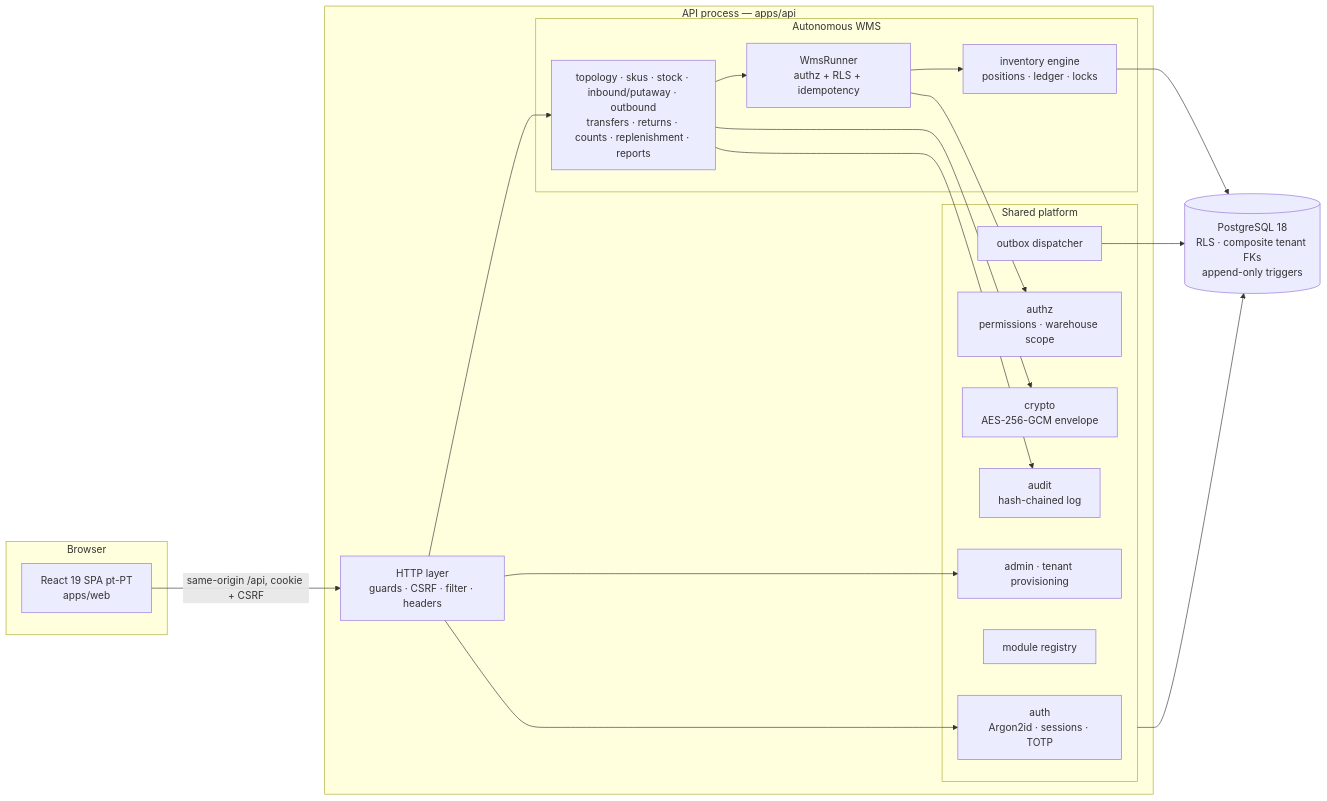
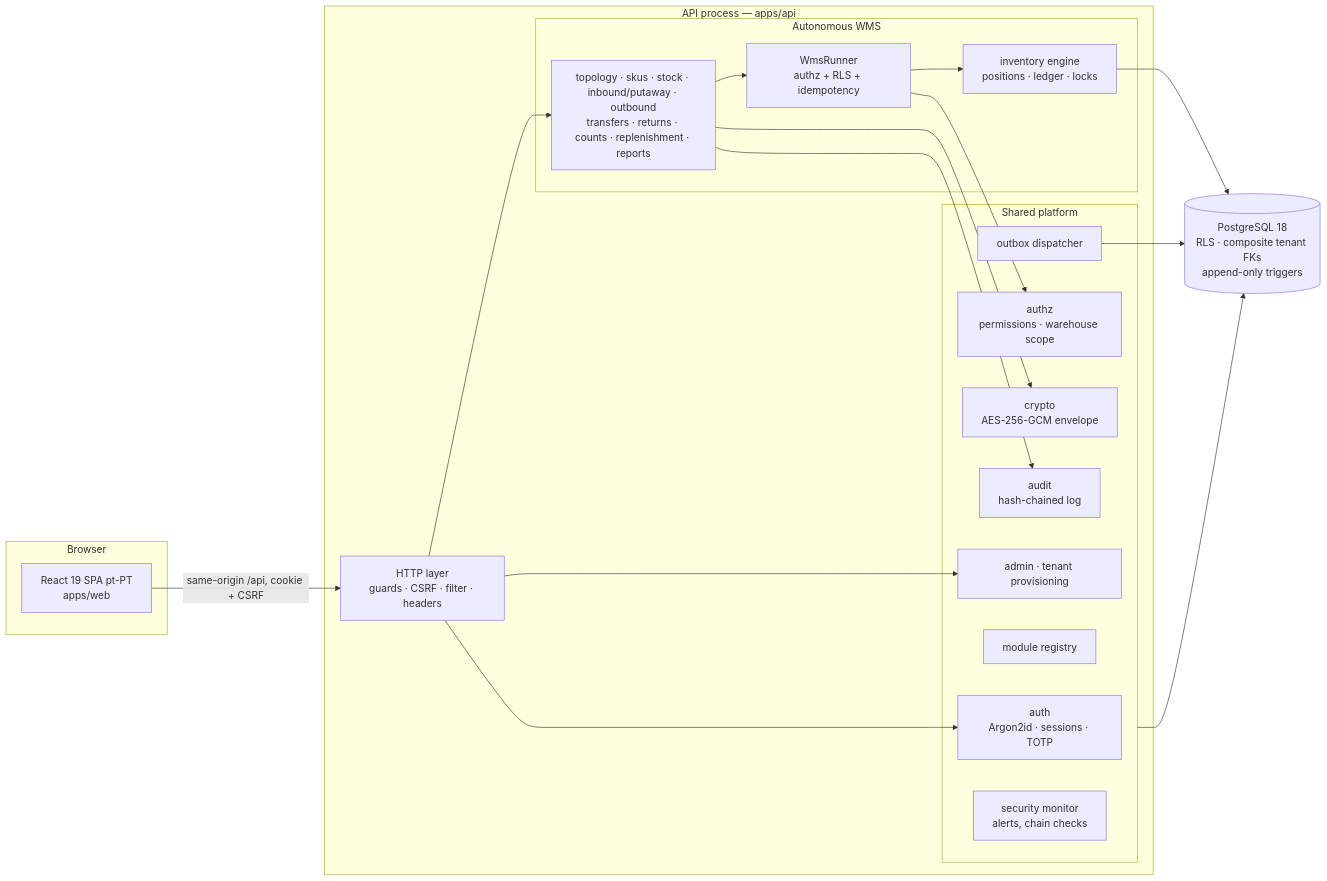
One commit to DavidVilela1/autolemon-erp changed the first of 2 diagrams in docs/ARCHITECTURE.md. Above: the diagram before and after it, drawn with Mermaid. The commit also changed other lines of this file and 43 other files, not shown here.

First line of the commit message:
v0.6.4: in-application security monitoring and alerts (gate S-05 code part)

````diff
--- a/docs/ARCHITECTURE.md
+++ b/docs/ARCHITECTURE.md
@@ -11,32 +11,33 @@
 ```mermaid
 flowchart LR
   subgraph Browser
     SPA[React 19 SPA pt-PT<br/>apps/web]
   end
   subgraph API[API process — apps/api]
     HTTP[HTTP layer<br/>guards · CSRF · filter · headers]
     subgraph Platform[Shared platform]
       AUTH[auth<br/>Argon2id · sessions · TOTP]
       AUTHZ[authz<br/>permissions · warehouse scope]
       CRYPTO[crypto<br/>AES-256-GCM envelope]
       AUDIT[audit<br/>hash-chained log]
       ADMIN[admin · tenant provisioning]
       MODS[module registry]
       OUTBOX[outbox dispatcher]
+      MON[security monitor<br/>alerts, chain checks]
     end
     subgraph WMS[Autonomous WMS]
       RUNNER[WmsRunner<br/>authz + RLS + idempotency]
       ENGINE[inventory engine<br/>positions · ledger · locks]
       SVC[topology · skus · stock · inbound/putaway · outbound<br/>transfers · returns · counts · replenishment · reports]
     end
   end
   DB[(PostgreSQL 18<br/>RLS · composite tenant FKs<br/>append-only triggers)]
   SPA -- same-origin /api, cookie + CSRF --> HTTP
   HTTP --> AUTH & ADMIN & SVC
   SVC --> RUNNER --> ENGINE
   RUNNER --> AUTHZ
   SVC --> CRYPTO & AUDIT
   ENGINE --> DB
   Platform --> DB
   OUTBOX --> DB
 ```
````
